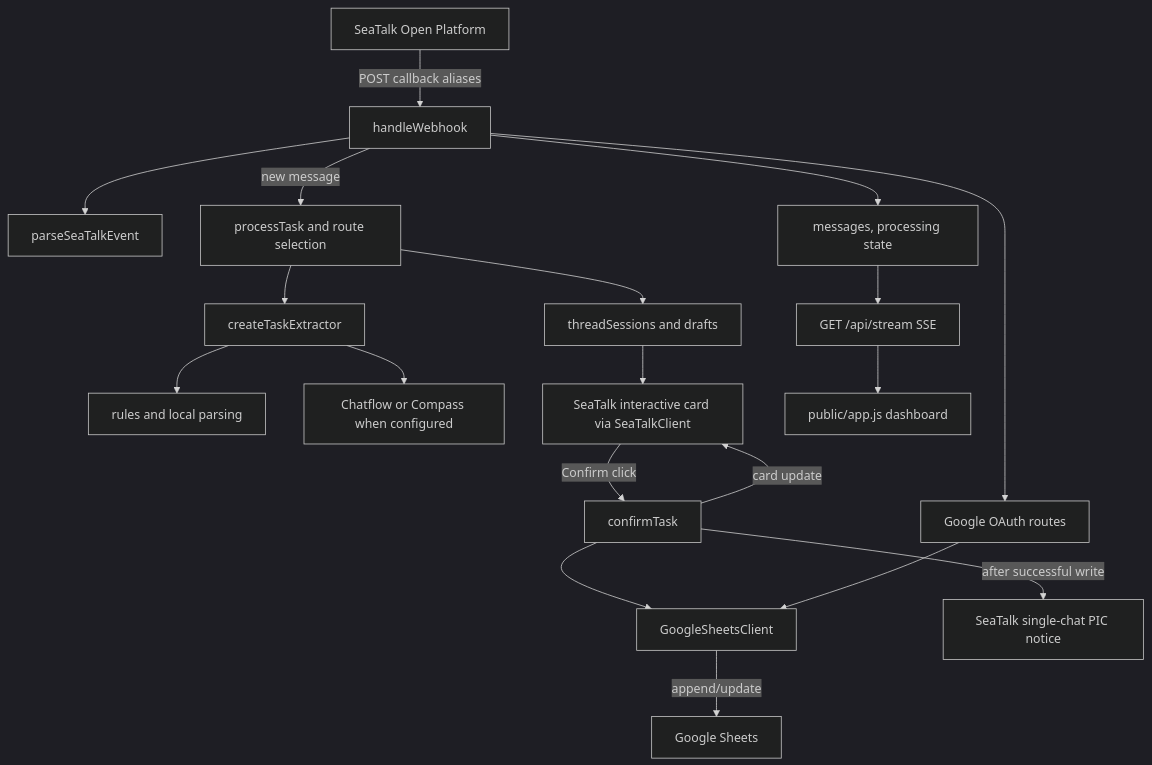
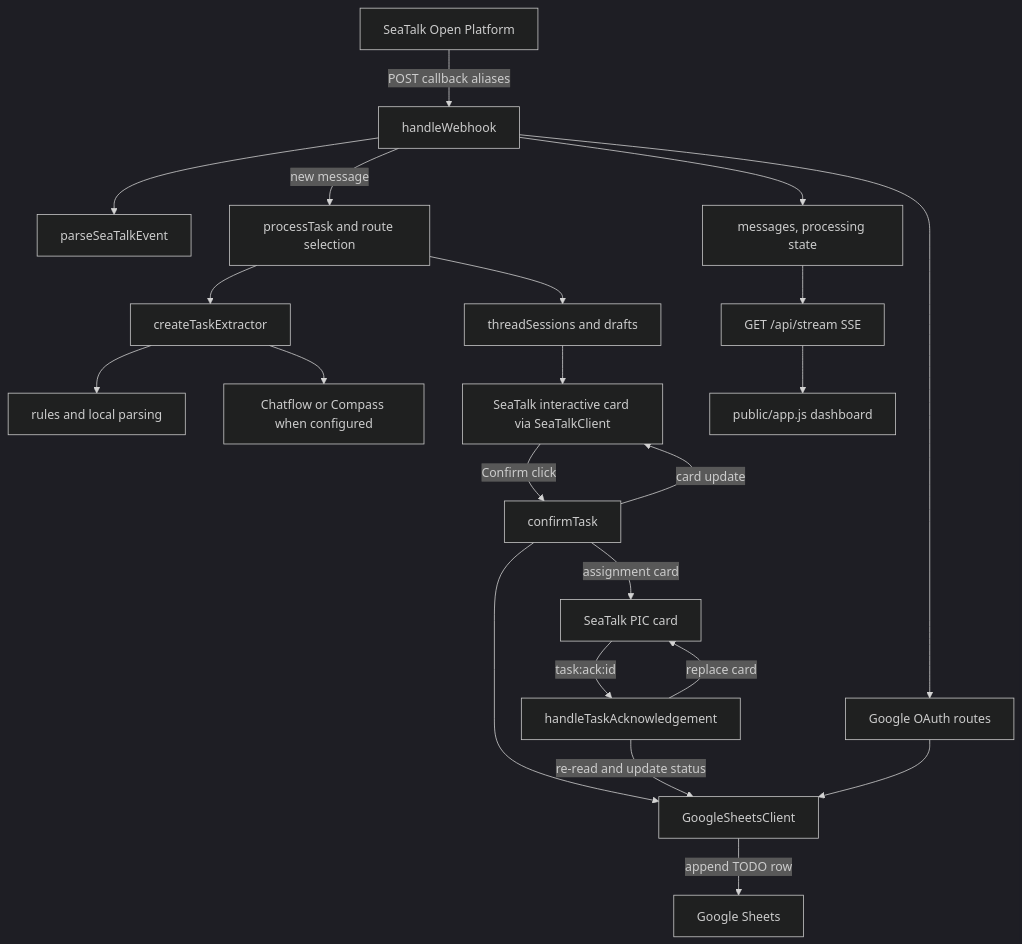
One commit to baotrangia-ctv/Duck changed the diagram in docs/architecture.md. Above: the diagram before and after it, drawn with Mermaid (dark theme). The commit also changed other lines of this file and 22 other files, not shown here.

First line of the commit message:
feat(sheet-update)!: default new tasks to todo and add pic acknowledgement

````diff
--- a/docs/architecture.md
+++ b/docs/architecture.md
@@ -5,21 +5,24 @@
 ```mermaid
 flowchart TD
   ST[SeaTalk Open Platform] -->|POST callback aliases| WH[handleWebhook]
   WH --> PARSE[parseSeaTalkEvent]
   WH -->|new message| ROUTE[processTask and route selection]
   ROUTE --> EXT[createTaskExtractor]
   EXT --> RULES[rules and local parsing]
   EXT --> CHAT[Chatflow or Compass when configured]
   ROUTE --> SESSION[threadSessions and drafts]
   SESSION --> CARD[SeaTalk interactive card via SeaTalkClient]
   CARD -->|Confirm click| CONF[confirmTask]
   CONF --> GS[GoogleSheetsClient]
-  GS -->|append/update| SHEET[Google Sheets]
-  CONF -->|after successful write| PIC[SeaTalk single-chat PIC notice]
+  GS -->|append TODO row| SHEET[Google Sheets]
+  CONF -->|assignment card| PIC[SeaTalk PIC card]
+  PIC -->|task:ack:id| ACK[handleTaskAcknowledgement]
+  ACK -->|re-read and update status| GS
+  ACK -->|replace card| PIC
   CONF -->|card update| CARD
   WH --> STORE[messages, processing state]
   STORE --> SSE["GET /api/stream SSE"]
   SSE --> DASH[public/app.js dashboard]
   WH --> OAUTH[Google OAuth routes]
   OAUTH --> GS
 ```
````
